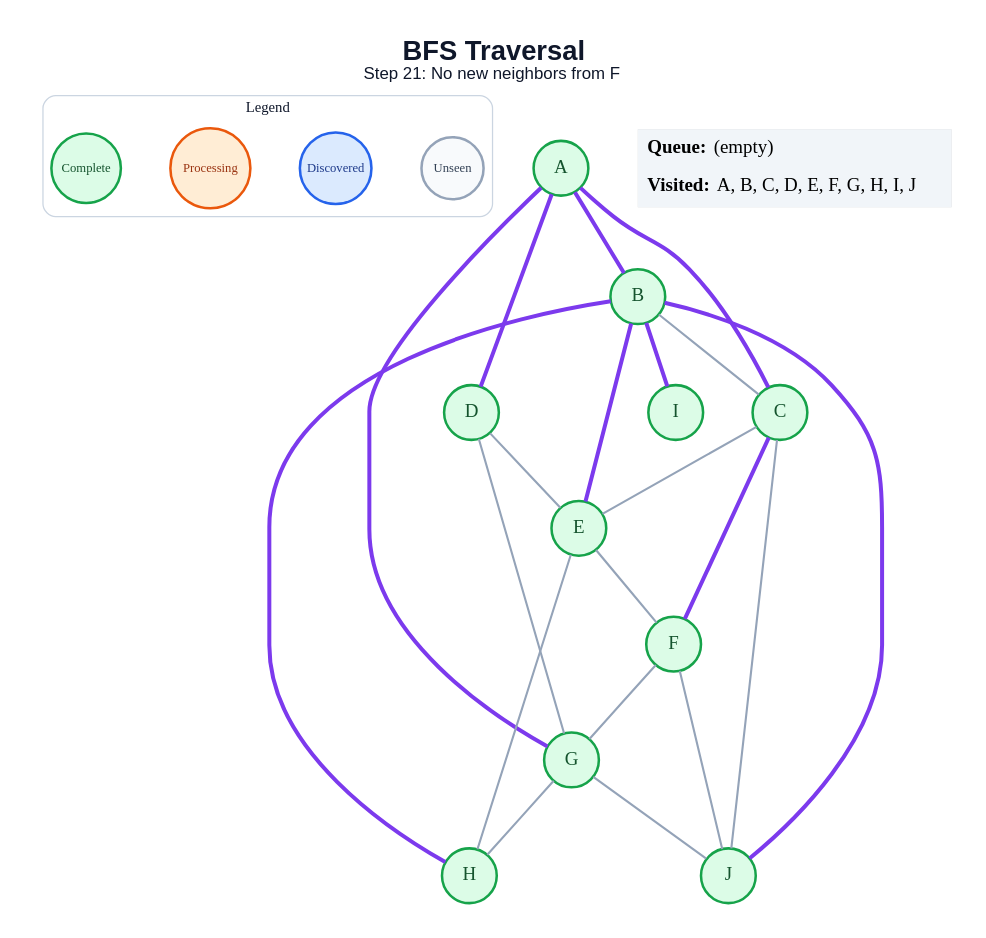
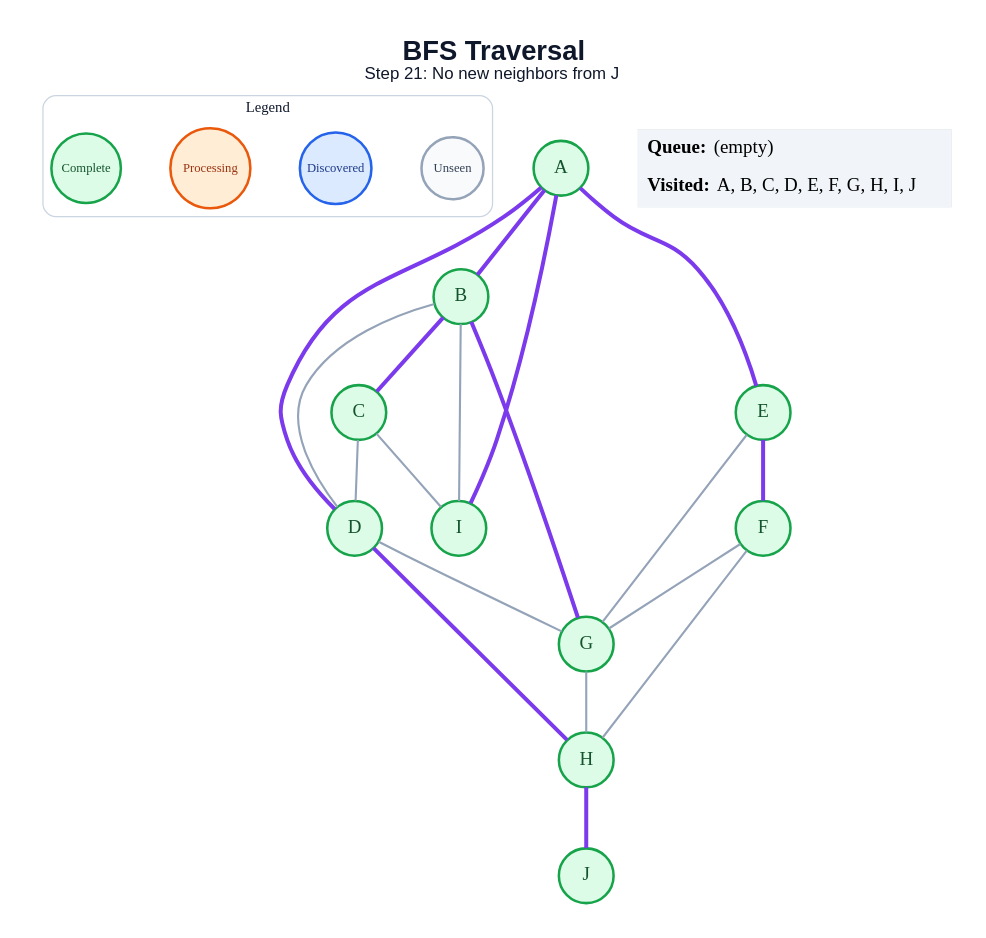
Before and after one commit to amanghodawala9/ai-slop: the diagram in generated/bfs/step_21.dot, drawn with Graphviz. The commit also changed 178 other files, not shown here.

```diff
--- a/generated/bfs/step_21.dot
+++ b/generated/bfs/step_21.dot
@@ -1,49 +1,47 @@
 graph traversal {
   graph [layout=dot, rankdir=TB, bgcolor="#FFFFFF", pad="0.35", nodesep="0.65", ranksep="0.8", fontname="Arial"];
   node [shape=circle, style="filled", fontname="Arial Bold", fontsize=18, width=0.72, fixedsize=true, penwidth=2.4];
   edge [color="#94A3B8", penwidth=2.0];
-  label=<<B>BFS Traversal</B><BR/><FONT POINT-SIZE="16">Step 21: No new neighbors from F</FONT>>; labelloc="t"; fontsize=26; fontname="Arial"; fontcolor="#0F172A";
+  label=<<B>BFS Traversal</B><BR/><FONT POINT-SIZE="16">Step 21: No new neighbors from J</FONT>>; labelloc="t"; fontsize=26; fontname="Arial"; fontcolor="#0F172A";
   subgraph cluster_legend { label="Legend"; color="#CBD5E1"; penwidth=1.2; style="rounded"; fontsize=14; fontname="Arial Bold";
     key_unseen [label="Unseen", fillcolor="#F8FAFC", color="#94A3B8", fontcolor="#334155", fontsize=12, width=0.82];
     key_frontier [label="Discovered", fillcolor="#DBEAFE", color="#2563EB", fontcolor="#1E3A8A", fontsize=12, width=0.95];
     key_current [label="Processing", fillcolor="#FFEDD5", color="#EA580C", fontcolor="#9A3412", fontsize=12, width=1.05];
     key_done [label="Complete", fillcolor="#DCFCE7", color="#16A34A", fontcolor="#14532D", fontsize=12, width=0.92];
     { rank=same; key_unseen; key_frontier; key_current; key_done; }
   }
   A [fillcolor="#DCFCE7", color="#16A34A", fontcolor="#14532D"];
   B [fillcolor="#DCFCE7", color="#16A34A", fontcolor="#14532D"];
   C [fillcolor="#DCFCE7", color="#16A34A", fontcolor="#14532D"];
   D [fillcolor="#DCFCE7", color="#16A34A", fontcolor="#14532D"];
   E [fillcolor="#DCFCE7", color="#16A34A", fontcolor="#14532D"];
   F [fillcolor="#DCFCE7", color="#16A34A", fontcolor="#14532D"];
   G [fillcolor="#DCFCE7", color="#16A34A", fontcolor="#14532D"];
   H [fillcolor="#DCFCE7", color="#16A34A", fontcolor="#14532D"];
   I [fillcolor="#DCFCE7", color="#16A34A", fontcolor="#14532D"];
   J [fillcolor="#DCFCE7", color="#16A34A", fontcolor="#14532D"];
   A -- B [color="#7C3AED", penwidth=3.8];
-  A -- C [color="#7C3AED", penwidth=3.8];
   A -- D [color="#7C3AED", penwidth=3.8];
-  A -- G [color="#7C3AED", penwidth=3.8];
-  B -- C;
-  B -- E [color="#7C3AED", penwidth=3.8];
-  B -- H [color="#7C3AED", penwidth=3.8];
-  B -- I [color="#7C3AED", penwidth=3.8];
-  B -- J [color="#7C3AED", penwidth=3.8];
-  C -- E;
-  C -- F [color="#7C3AED", penwidth=3.8];
-  C -- J;
-  D -- E;
+  A -- E [color="#7C3AED", penwidth=3.8];
+  A -- I [color="#7C3AED", penwidth=3.8];
+  B -- C [color="#7C3AED", penwidth=3.8];
+  B -- D;
+  B -- G [color="#7C3AED", penwidth=3.8];
+  B -- I;
+  C -- D;
+  C -- I;
   D -- G;
-  E -- F;
-  E -- H;
+  D -- H [color="#7C3AED", penwidth=3.8];
+  E -- F [color="#7C3AED", penwidth=3.8];
+  E -- G;
   F -- G;
-  F -- J;
+  F -- H;
   G -- H;
-  G -- J;
+  H -- J [color="#7C3AED", penwidth=3.8];
   status [shape=plain, fixedsize=false, width=0, height=0, margin=0, label=<
     <TABLE BORDER="0" CELLBORDER="0" CELLPADDING="7" BGCOLOR="#F1F5F9">
       <TR><TD ALIGN="LEFT"><B>Queue:</B> (empty)</TD></TR>
       <TR><TD ALIGN="LEFT"><B>Visited:</B> A, B, C, D, E, F, G, H, I, J</TD></TR>
     </TABLE>
   >];
 }
```
